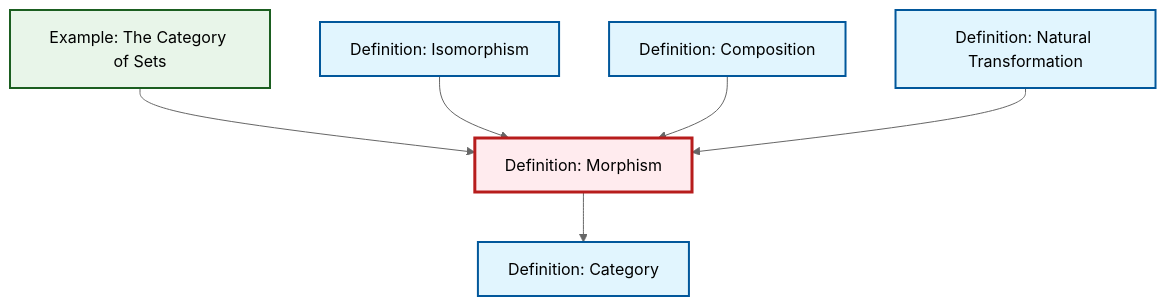
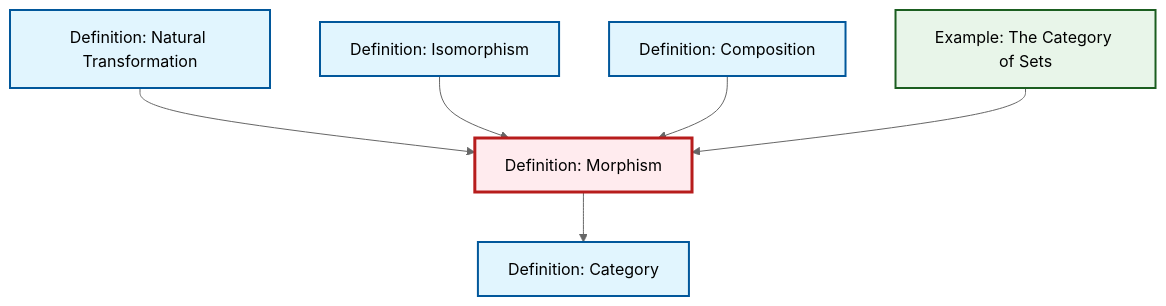
One commit to RK0429/ModernMath changed the diagram in content/ja/category-theory/def-morphism.qmd. Above: the diagram before and after it, drawn with Mermaid (neutral theme). The commit also changed other lines of this file and 417 other files, not shown here.

````diff
--- a/content/ja/category-theory/def-morphism.qmd
+++ b/content/ja/category-theory/def-morphism.qmd
@@ -56,26 +56,26 @@
 ```{mermaid}
 %%| fig-cap: "Local dependency graph"
 graph TD
     classDef definition fill:#e1f5fe,stroke:#01579b,stroke-width:2px
     classDef theorem fill:#f3e5f5,stroke:#4a148c,stroke-width:2px
     classDef axiom fill:#fff3e0,stroke:#e65100,stroke-width:2px
     classDef example fill:#e8f5e9,stroke:#1b5e20,stroke-width:2px
     classDef current fill:#ffebee,stroke:#b71c1c,stroke-width:3px
+    def-natural-transformation["Definition: Natural Transformation"]:::definition
+    def-category["Definition: Category"]:::definition
+    def-morphism["Definition: Morphism"]:::definition
     def-composition["Definition: Composition"]:::definition
     def-isomorphism["Definition: Isomorphism"]:::definition
-    def-category["Definition: Category"]:::definition
     ex-set-category["Example: The Category of Sets"]:::example
-    def-morphism["Definition: Morphism"]:::definition
-    def-natural-transformation["Definition: Natural Transformation"]:::definition
-    ex-set-category --> def-morphism
-    def-morphism --> def-category
+    def-natural-transformation --> def-morphism
     def-isomorphism --> def-morphism
     def-composition --> def-morphism
-    def-natural-transformation --> def-morphism
+    def-morphism --> def-category
+    ex-set-category --> def-morphism
     class def-morphism current
+    click def-natural-transformation "def-natural-transformation.html" "Definition: Natural Transformationへ"
+    click def-category "def-category.html" "Definition: Categoryへ"
     click def-composition "def-composition.html" "Definition: Compositionへ"
     click def-isomorphism "def-isomorphism.html" "Definition: Isomorphismへ"
-    click def-category "def-category.html" "Definition: Categoryへ"
     click ex-set-category "ex-set-category.html" "Example: The Category of Setsへ"
-    click def-natural-transformation "def-natural-transformation.html" "Definition: Natural Transformationへ"
 ```
````
